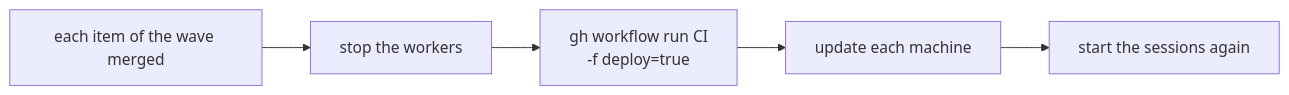
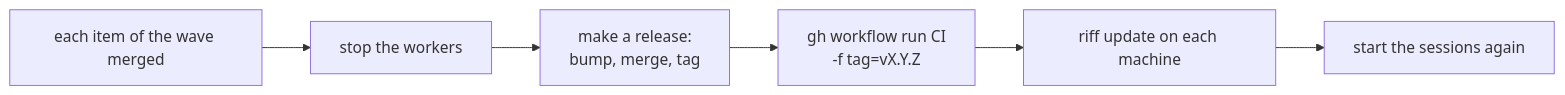
One commit to como-technologies/riff changed the third of 3 diagrams in docs/src/development.md. Above: the diagram before and after it, drawn with Mermaid. The commit also changed other lines of this file and 16 other files, not shown here.

First line of the commit message:
Make releases: riff update installs a release tag, the deploy takes a tag (#175)

````diff
--- a/docs/src/development.md
+++ b/docs/src/development.md
@@ -771,7 +782,8 @@
 ```mermaid
 flowchart LR
     M[each item of the wave merged] --> S[stop the workers]
-    S --> D["gh workflow run CI<br/>-f deploy=true"]
-    D --> U[update each machine]
+    S --> V[make a release:<br/>bump, merge, tag]
+    V --> D["gh workflow run CI<br/>-f tag=vX.Y.Z"]
+    D --> U[riff update on each machine]
     U --> R[start the sessions again]
 ```
````
